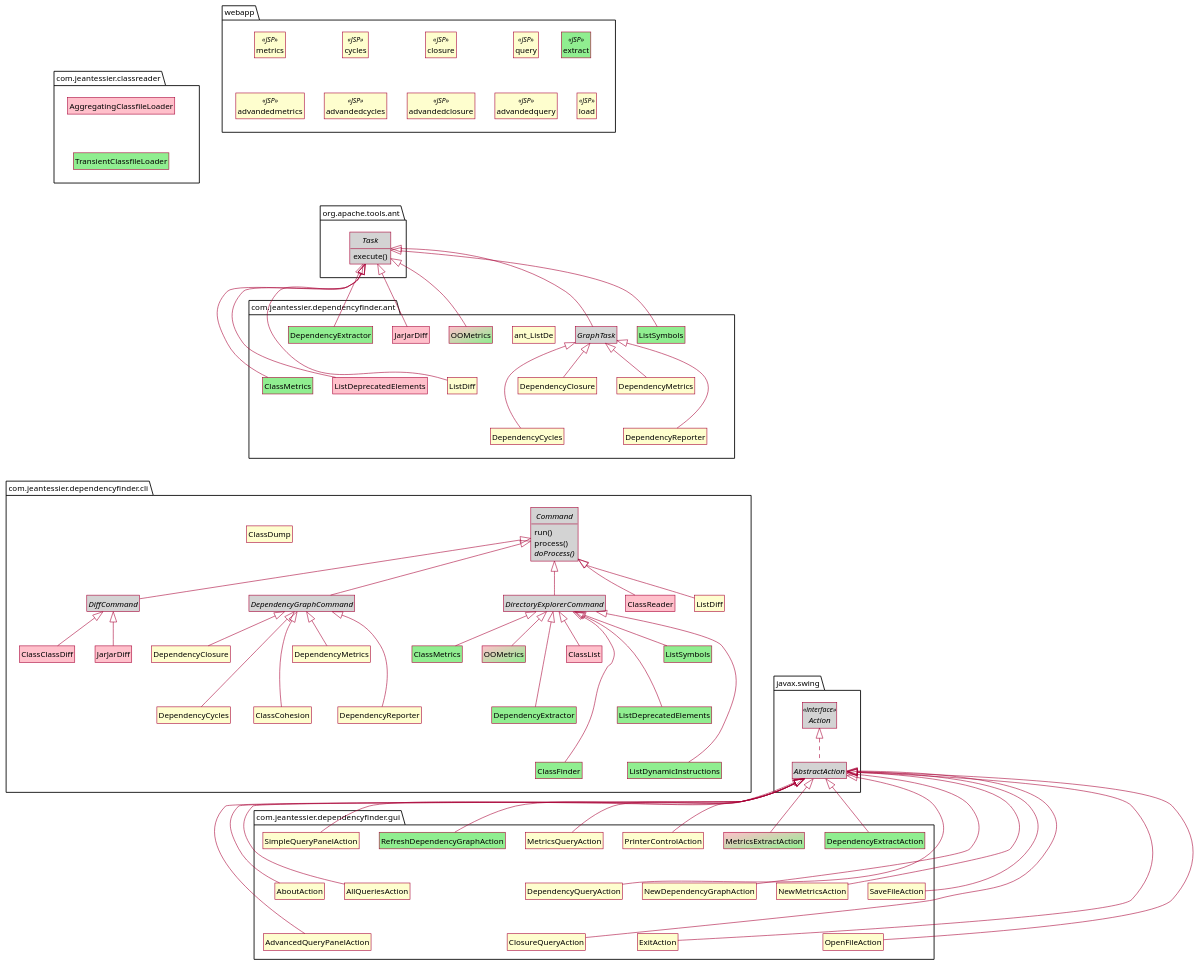
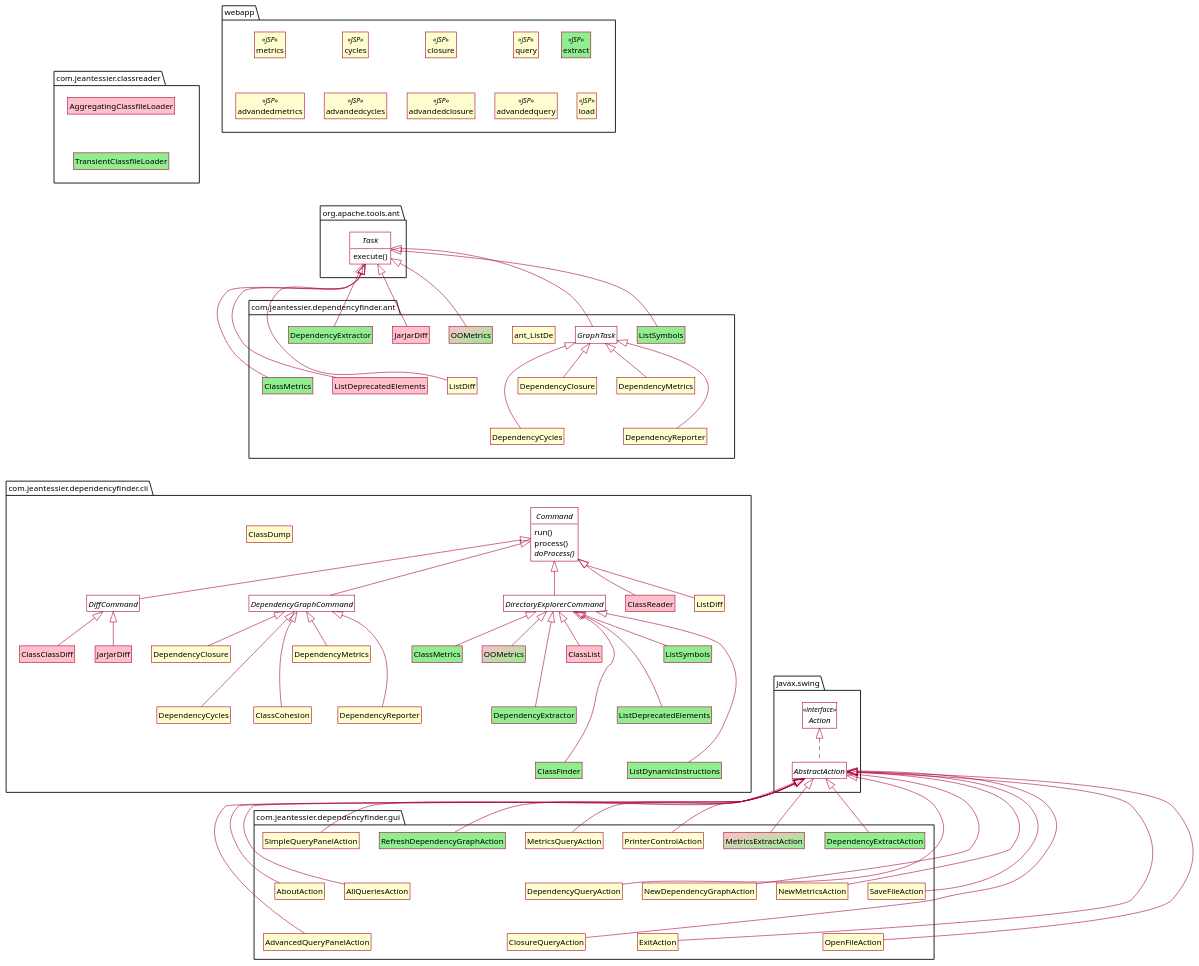
The diagram in images/ToolsClassHierarchy.puml (jeantessier/dependency-finder), drawn with PlantUML before and after one commit. The commit also changed 15 other files, not shown here.

Commit message:
Use transparent background in PlantUML diagrams

```diff
--- a/images/ToolsClassHierarchy.puml
+++ b/images/ToolsClassHierarchy.puml
@@ -2,234 +2,249 @@
 
 skin rose
 skinparam style strictuml
+skinparam backgroundColor transparent
 
 set separator none
 hide empty members
 
 package com.jeantessier.classreader {
-  class AggregatingClassfileLoader #pink
 
-  class TransientClassfileLoader #lightgreen
+    class AggregatingClassfileLoader #pink
 
-  AggregatingClassfileLoader -[hidden]-> TransientClassfileLoader
+    class TransientClassfileLoader #lightgreen
+
+    AggregatingClassfileLoader -[hidden]-> TransientClassfileLoader
+
 }
 
 package org.apache.tools.ant {
-  abstract Task #lightgrey {
-    execute()
-  }
+
+    abstract Task #transparent {
+        execute()
+    }
+
 }
 
 package com.jeantessier.dependencyfinder.ant {
-  abstract GraphTask #lightgrey
-  Task <|-- GraphTask
 
-  class "ClassMetrics" as ant_ClassMetrics #lightgreen
-  Task <|-- ant_ClassMetrics
+    abstract GraphTask #transparent
+    Task <|-- GraphTask
 
-  class "DependencyClosure" as ant_DependencyClosure
-  GraphTask <|-- ant_DependencyClosure
+    class "ClassMetrics" as ant_ClassMetrics #lightgreen
+    Task <|-- ant_ClassMetrics
 
-  class "DependencyCycles" as ant_DependencyCycles
-  GraphTask <|-- ant_DependencyCycles
+    class "DependencyClosure" as ant_DependencyClosure
+    GraphTask <|-- ant_DependencyClosure
 
-  class "DependencyExtractor" as ant_DependencyExtractor #lightgreen
-  Task <|-- ant_DependencyExtractor
+    class "DependencyCycles" as ant_DependencyCycles
+    GraphTask <|-- ant_DependencyCycles
 
-  class "DependencyMetrics" as ant_DependencyMetrics
-  GraphTask <|-- ant_DependencyMetrics
+    class "DependencyExtractor" as ant_DependencyExtractor #lightgreen
+    Task <|-- ant_DependencyExtractor
 
-  class "DependencyReporter" as ant_DependencyReporter
-  GraphTask <|-- ant_DependencyReporter
+    class "DependencyMetrics" as ant_DependencyMetrics
+    GraphTask <|-- ant_DependencyMetrics
 
-  class "JarJarDiff" as ant_JarJarDiff #pink
-  Task <|-- ant_JarJarDiff
+    class "DependencyReporter" as ant_DependencyReporter
+    GraphTask <|-- ant_DependencyReporter
 
-  class "ListDeprecatedElements" as ant_ListDeprecatedElements #pink
-  Task <|-- ant_ListDeprecatedElements
+    class "JarJarDiff" as ant_JarJarDiff #pink
+    Task <|-- ant_JarJarDiff
 
-  class "ListDiff" as ant_ListDiff
-  Task <|-- ant_ListDiff
+    class "ListDeprecatedElements" as ant_ListDeprecatedElements #pink
+    Task <|-- ant_ListDeprecatedElements
 
-  class "ListSymbols" as ant_ListSymbols #lightgreen
-  Task <|-- ant_ListSymbols
+    class "ListDiff" as ant_ListDiff
+    Task <|-- ant_ListDiff
 
-  class "OOMetrics" as ant_OOMetrics #pink/lightgreen
-  Task <|-- ant_OOMetrics
+    class "ListSymbols" as ant_ListSymbols #lightgreen
+    Task <|-- ant_ListSymbols
 
-  ant_DependencyClosure -[hidden]-> ant_DependencyCycles
-  ant_DependencyMetrics -[hidden]-> ant_DependencyReporter
-  ant_JarJarDiff -[hidden]-> ant_ListDeprecatedElements
-  ant_DependencyExtractor -[hidden]-> ant_ClassMetrics
-  ant_ListDe -[hidden]-> ant_ListDiff
+    class "OOMetrics" as ant_OOMetrics #pink/lightgreen
+    Task <|-- ant_OOMetrics
+
+    ant_DependencyClosure -[hidden]-> ant_DependencyCycles
+    ant_DependencyMetrics -[hidden]-> ant_DependencyReporter
+    ant_JarJarDiff -[hidden]-> ant_ListDeprecatedElements
+    ant_DependencyExtractor -[hidden]-> ant_ClassMetrics
+    ant_ListDe -[hidden]-> ant_ListDiff
+
 }
 
 package com.jeantessier.dependencyfinder.cli {
-  abstract Command #lightgrey {
-    run()
-    process()
-    {abstract} doProcess()
-  }
 
-  abstract DiffCommand #lightgrey
-  Command <|-- DiffCommand
+    abstract Command #transparent {
+        run()
+        process()
+        {abstract} doProcess()
+    }
 
-  abstract DependencyGraphCommand #lightgrey
-  Command <|-- DependencyGraphCommand
+    abstract DiffCommand #transparent
+    Command <|-- DiffCommand
 
-  abstract DirectoryExplorerCommand #lightgrey
-  Command <|-- DirectoryExplorerCommand
+    abstract DependencyGraphCommand #transparent
+    Command <|-- DependencyGraphCommand
 
-  class "ClassClassDiff" as cli_ClassClassDiff #pink
-  DiffCommand <|-- cli_ClassClassDiff
+    abstract DirectoryExplorerCommand #transparent
+    Command <|-- DirectoryExplorerCommand
 
-  class "ClassCohesion" as cli_ClassCohesion
-  DependencyGraphCommand <|-- cli_ClassCohesion
+    class "ClassClassDiff" as cli_ClassClassDiff #pink
+    DiffCommand <|-- cli_ClassClassDiff
 
-  class "ClassDump" as cli_ClassDump
+    class "ClassCohesion" as cli_ClassCohesion
+    DependencyGraphCommand <|-- cli_ClassCohesion
 
-  class "ClassFinder" as cli_ClassFinder #lightgreen
-  DirectoryExplorerCommand <|-- cli_ClassFinder
+    class "ClassDump" as cli_ClassDump
 
-  class "ClassList" as cli_ClassList #pink
-  DirectoryExplorerCommand <|-- cli_ClassList
+    class "ClassFinder" as cli_ClassFinder #lightgreen
+    DirectoryExplorerCommand <|-- cli_ClassFinder
 
-  class "ClassMetrics" as cli_ClassMetrics #lightgreen
-  DirectoryExplorerCommand <|-- cli_ClassMetrics
+    class "ClassList" as cli_ClassList #pink
+    DirectoryExplorerCommand <|-- cli_ClassList
 
-  class "ClassReader" as cli_ClassReader #pink
-  Command <|-- cli_ClassReader
+    class "ClassMetrics" as cli_ClassMetrics #lightgreen
+    DirectoryExplorerCommand <|-- cli_ClassMetrics
 
-  class "DependencyClosure" as cli_DependencyClosure
-  DependencyGraphCommand <|-- cli_DependencyClosure
+    class "ClassReader" as cli_ClassReader #pink
+    Command <|-- cli_ClassReader
 
-  class "DependencyCycles" as cli_DependencyCycles
-  DependencyGraphCommand <|-- cli_DependencyCycles
+    class "DependencyClosure" as cli_DependencyClosure
+    DependencyGraphCommand <|-- cli_DependencyClosure
 
-  class "DependencyExtractor" as cli_DependencyExtractor #lightgreen
-  DirectoryExplorerCommand <|-- cli_DependencyExtractor
+    class "DependencyCycles" as cli_DependencyCycles
+    DependencyGraphCommand <|-- cli_DependencyCycles
 
-  class "DependencyMetrics" as cli_DependencyMetrics
-  DependencyGraphCommand <|-- cli_DependencyMetrics
+    class "DependencyExtractor" as cli_DependencyExtractor #lightgreen
+    DirectoryExplorerCommand <|-- cli_DependencyExtractor
 
-  class "DependencyReporter" as cli_DependencyReporter
-  DependencyGraphCommand <|-- cli_DependencyReporter
+    class "DependencyMetrics" as cli_DependencyMetrics
+    DependencyGraphCommand <|-- cli_DependencyMetrics
 
-  class "JarJarDiff" as cli_JarJarDiff #pink
-  DiffCommand <|-- cli_JarJarDiff
+    class "DependencyReporter" as cli_DependencyReporter
+    DependencyGraphCommand <|-- cli_DependencyReporter
 
-  class "ListDeprecatedElements" as cli_ListDeprecatedElements #lightgreen
-  DirectoryExplorerCommand <|-- cli_ListDeprecatedElements
+    class "JarJarDiff" as cli_JarJarDiff #pink
+    DiffCommand <|-- cli_JarJarDiff
 
-  class "ListDiff" as cli_ListDiff
-  Command <|-- cli_ListDiff
+    class "ListDeprecatedElements" as cli_ListDeprecatedElements #lightgreen
+    DirectoryExplorerCommand <|-- cli_ListDeprecatedElements
 
-  class "ListDynamicInstructions" as cli_ListDynamicInstructions #lightgreen
-  DirectoryExplorerCommand <|-- cli_ListDynamicInstructions
+    class "ListDiff" as cli_ListDiff
+    Command <|-- cli_ListDiff
 
-  class "ListSymbols" as cli_ListSymbols #lightgreen
-  DirectoryExplorerCommand <|-- cli_ListSymbols
+    class "ListDynamicInstructions" as cli_ListDynamicInstructions #lightgreen
+    DirectoryExplorerCommand <|-- cli_ListDynamicInstructions
 
-  class "OOMetrics" as cli_OOMetrics #pink/lightgreen
-  DirectoryExplorerCommand <|-- cli_OOMetrics
+    class "ListSymbols" as cli_ListSymbols #lightgreen
+    DirectoryExplorerCommand <|-- cli_ListSymbols
 
-  cli_DependencyClosure -[hidden]-> cli_DependencyCycles
-  cli_DependencyMetrics -[hidden]-> cli_DependencyReporter
-  cli_DependencyMetrics -[hidden]-> cli_ClassCohesion
-  cli_ClassMetrics -[hidden]-> cli_DependencyExtractor
-  cli_ListDeprecatedElements -[hidden]-> cli_ListDynamicInstructions
-  cli_DependencyExtractor -[hidden]-> cli_ClassFinder
-  cli_ListSymbols -[hidden]-> cli_ListDeprecatedElements
+    class "OOMetrics" as cli_OOMetrics #pink/lightgreen
+    DirectoryExplorerCommand <|-- cli_OOMetrics
+
+    cli_DependencyClosure -[hidden]-> cli_DependencyCycles
+    cli_DependencyMetrics -[hidden]-> cli_DependencyReporter
+    cli_DependencyMetrics -[hidden]-> cli_ClassCohesion
+    cli_ClassMetrics -[hidden]-> cli_DependencyExtractor
+    cli_ListDeprecatedElements -[hidden]-> cli_ListDynamicInstructions
+    cli_DependencyExtractor -[hidden]-> cli_ClassFinder
+    cli_ListSymbols -[hidden]-> cli_ListDeprecatedElements
+
 }
 
 package javax.swing {
-  interface Action <<interface>> #lightgrey
 
-  abstract AbstractAction #lightgrey
-  Action <|.. AbstractAction
+    interface Action <<interface>> #transparent
+
+    abstract AbstractAction #transparent
+    Action <|.. AbstractAction
+
 }
 
 package com.jeantessier.dependencyfinder.gui {
-  class AboutAction
-  AbstractAction <|-- AboutAction
 
-  class AdvancedQueryPanelAction
-  AbstractAction <|-- AdvancedQueryPanelAction
+    class AboutAction
+    AbstractAction <|-- AboutAction
 
-  class AllQueriesAction
-  AbstractAction <|-- AllQueriesAction
+    class AdvancedQueryPanelAction
+    AbstractAction <|-- AdvancedQueryPanelAction
 
-  class ClosureQueryAction
-  AbstractAction <|-- ClosureQueryAction
+    class AllQueriesAction
+    AbstractAction <|-- AllQueriesAction
 
-  class DependencyExtractAction #lightgreen
-  AbstractAction <|-- DependencyExtractAction
+    class ClosureQueryAction
+    AbstractAction <|-- ClosureQueryAction
 
-  class DependencyQueryAction
-  AbstractAction <|-- DependencyQueryAction
+    class DependencyExtractAction #lightgreen
+    AbstractAction <|-- DependencyExtractAction
 
-  class ExitAction
-  AbstractAction <|-- ExitAction
+    class DependencyQueryAction
+    AbstractAction <|-- DependencyQueryAction
 
-  class MetricsExtractAction #pink/lightgreen
-  AbstractAction <|-- MetricsExtractAction
+    class ExitAction
+    AbstractAction <|-- ExitAction
 
-  class MetricsQueryAction
-  AbstractAction <|-- MetricsQueryAction
+    class MetricsExtractAction #pink/lightgreen
+    AbstractAction <|-- MetricsExtractAction
 
-  class NewDependencyGraphAction
-  AbstractAction <|-- NewDependencyGraphAction
+    class MetricsQueryAction
+    AbstractAction <|-- MetricsQueryAction
 
-  class NewMetricsAction
-  AbstractAction <|-- NewMetricsAction
+    class NewDependencyGraphAction
+    AbstractAction <|-- NewDependencyGraphAction
 
-  class OpenFileAction
-  AbstractAction <|-- OpenFileAction
+    class NewMetricsAction
+    AbstractAction <|-- NewMetricsAction
 
-  class PrinterControlAction
-  AbstractAction <|-- PrinterControlAction
+    class OpenFileAction
+    AbstractAction <|-- OpenFileAction
 
-  class RefreshDependencyGraphAction #lightgreen
-  AbstractAction <|-- RefreshDependencyGraphAction
+    class PrinterControlAction
+    AbstractAction <|-- PrinterControlAction
 
-  class SaveFileAction
-  AbstractAction <|-- SaveFileAction
+    class RefreshDependencyGraphAction #lightgreen
+    AbstractAction <|-- RefreshDependencyGraphAction
 
-  class SimpleQueryPanelAction
-  AbstractAction <|-- SimpleQueryPanelAction
+    class SaveFileAction
+    AbstractAction <|-- SaveFileAction
 
-  AboutAction -[hidden]-> AdvancedQueryPanelAction
-  AllQueriesAction -[hidden]-> ClosureQueryAction
-  DependencyQueryAction -[hidden]-> ExitAction
-  MetricsQueryAction -[hidden]-> NewDependencyGraphAction
-  NewMetricsAction -[hidden]-> OpenFileAction
-  PrinterControlAction -[hidden]-> SaveFileAction
-  SimpleQueryPanelAction -[hidden]-> AboutAction
-  SimpleQueryPanelAction -[hidden]-> AllQueriesAction
-  MetricsQueryAction -[hidden]-> DependencyQueryAction
-  MetricsQueryAction -[hidden]-> NewMetricsAction
+    class SimpleQueryPanelAction
+    AbstractAction <|-- SimpleQueryPanelAction
+
+    AboutAction -[hidden]-> AdvancedQueryPanelAction
+    AllQueriesAction -[hidden]-> ClosureQueryAction
+    DependencyQueryAction -[hidden]-> ExitAction
+    MetricsQueryAction -[hidden]-> NewDependencyGraphAction
+    NewMetricsAction -[hidden]-> OpenFileAction
+    PrinterControlAction -[hidden]-> SaveFileAction
+    SimpleQueryPanelAction -[hidden]-> AboutAction
+    SimpleQueryPanelAction -[hidden]-> AllQueriesAction
+    MetricsQueryAction -[hidden]-> DependencyQueryAction
+    MetricsQueryAction -[hidden]-> NewMetricsAction
+
 }
 
 package webapp {
-  class extract <<JSP>> #lightgreen
-  class load <<JSP>>
-  extract -[hidden]-> load
 
-  class query <<JSP>>
-  class advandedquery <<JSP>>
-  query -[hidden]-> advandedquery
+    class extract <<JSP>> #lightgreen
+    class load <<JSP>>
+    extract -[hidden]-> load
 
-  class closure <<JSP>>
-  class advandedclosure <<JSP>>
-  closure -[hidden]-> advandedclosure
+    class query <<JSP>>
+    class advandedquery <<JSP>>
+    query -[hidden]-> advandedquery
 
-  class cycles <<JSP>>
-  class advandedcycles <<JSP>>
-  cycles -[hidden]-> advandedcycles
+    class closure <<JSP>>
+    class advandedclosure <<JSP>>
+    closure -[hidden]-> advandedclosure
 
-  class metrics <<JSP>>
-  class advandedmetrics <<JSP>>
-  metrics -[hidden]-> advandedmetrics
+    class cycles <<JSP>>
+    class advandedcycles <<JSP>>
+    cycles -[hidden]-> advandedcycles
+
+    class metrics <<JSP>>
+    class advandedmetrics <<JSP>>
+    metrics -[hidden]-> advandedmetrics
+
 }
 
 com.jeantessier.classreader --[hidden]-> org.apache.tools.ant
```
